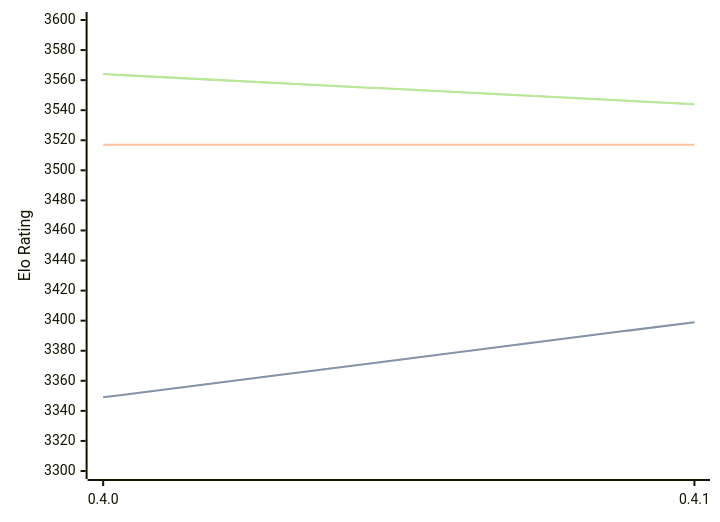
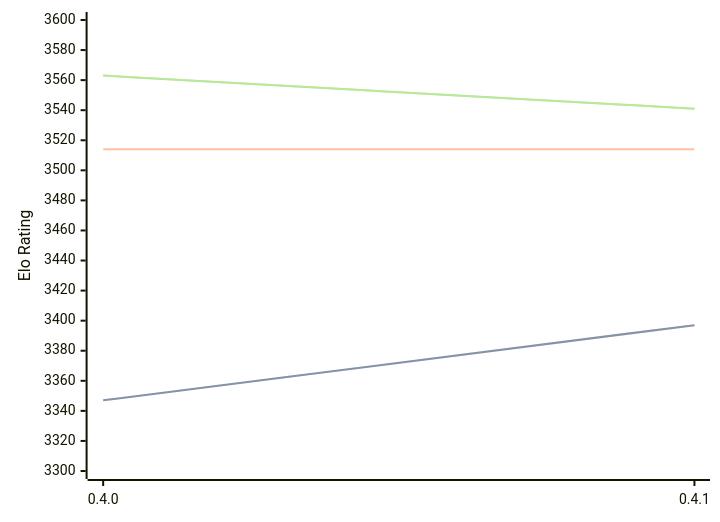
The diagram in engines/Cinder.md (computer-chess-index/cci), drawn with Mermaid before and after one commit. The commit also changed other lines of this file, not shown here.

Commit message:
Update CCI Ratings (ELO VLTC) - 2026-03-10

````diff
--- a/engines/Cinder.md
+++ b/engines/Cinder.md
@@ -38,11 +38,11 @@
 ```mermaid
 %%{init: {"theme":"base","themeVariables":{"seriesColors:['#a3a3a3','#222221','#faa371']}}}%%
 xychart-beta
   x-axis ["0.4.0", "0.4.1"]
   y-axis "Elo Rating" 3300 --> 3600
-  line "STC (8.0+0.08s)" [3349, 3399]
-  line "STC (8.0+0.08s)" [3349, 3399]
-  line "LTC (60.0+0.60s)" [3517, 3517]
-  line "VLTC (2m24s+1.12s)" [3564, 3544]
-  line "VLTC (2m24s+1.12s)" [3564, 3544]
+  line "STC (8.0+0.08s)" [3347, 3397]
+  line "STC (8.0+0.08s)" [3347, 3397]
+  line "LTC (60.0+0.60s)" [3514, 3514]
+  line "VLTC (2m24s+1.12s)" [3563, 3541]
+  line "VLTC (2m24s+1.12s)" [3563, 3541]
 ```
````
